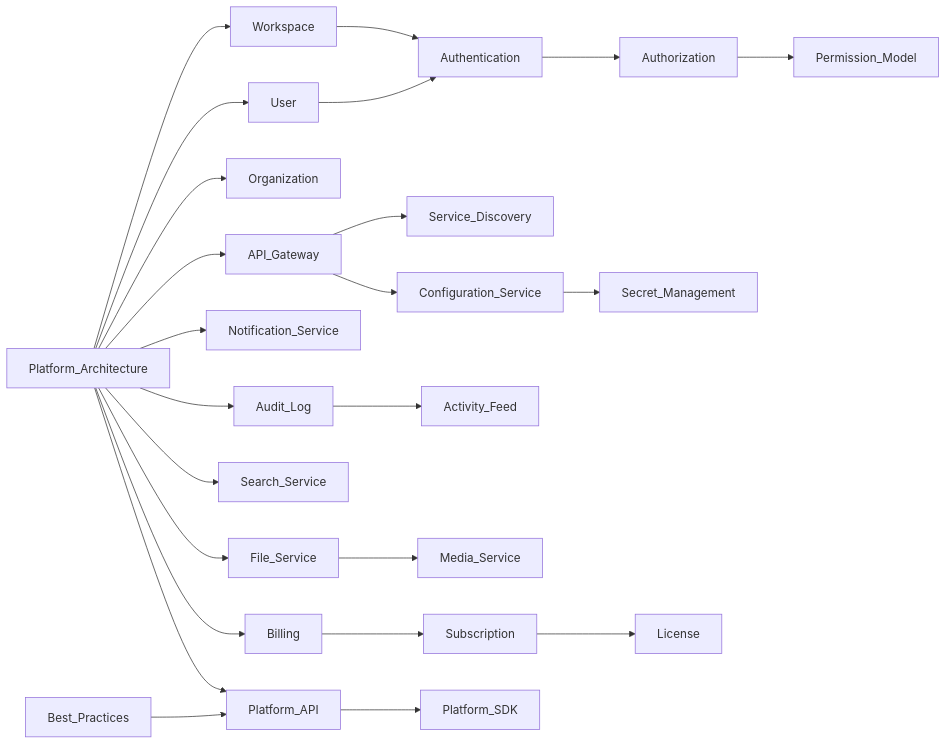
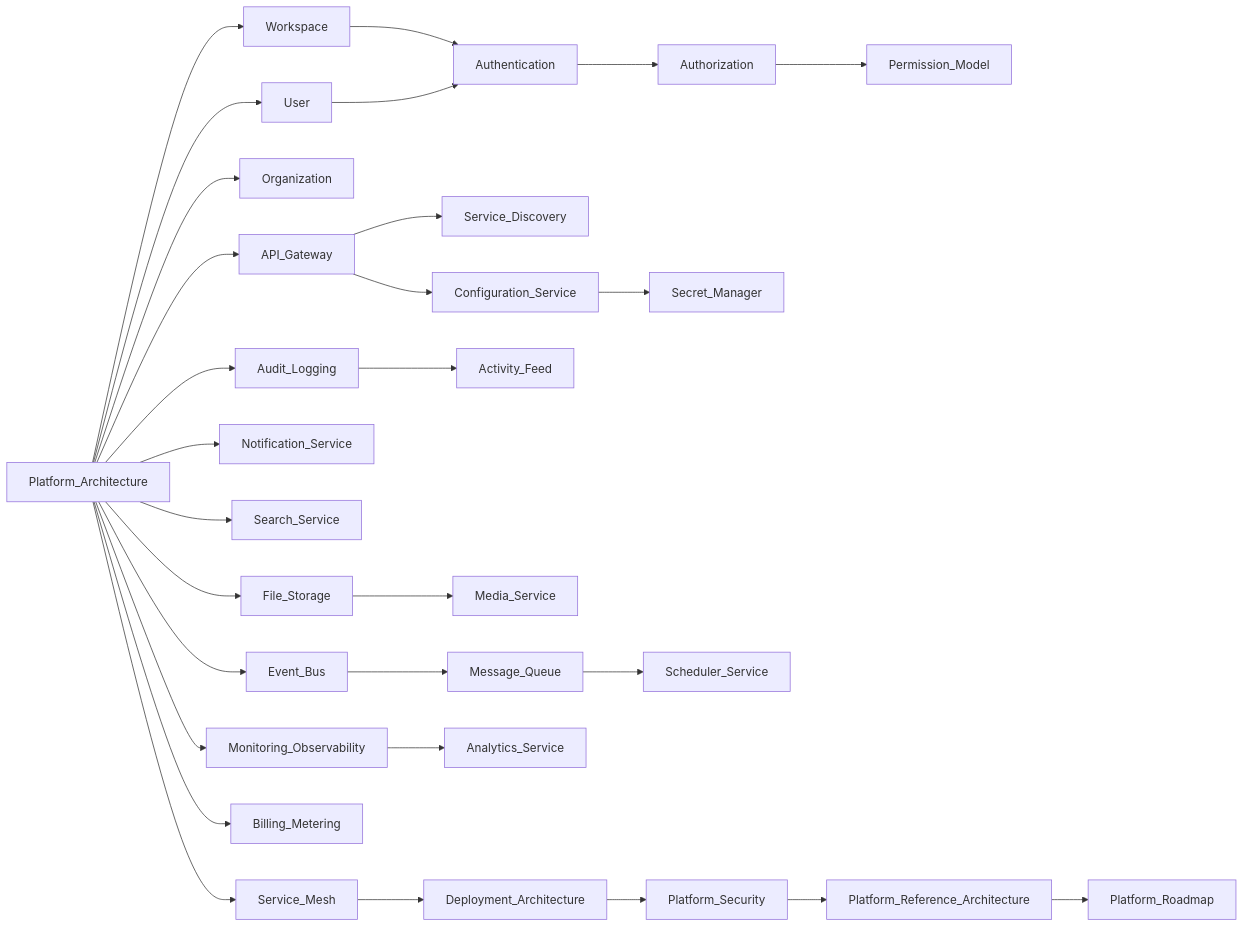
The third of 3 diagrams in docs/platform/INDEX.md (Buicongbang04/Social_OS), drawn with Mermaid before and after one commit. The commit also changed other lines of this file and 55 other files, not shown here.

````diff
--- a/docs/platform/INDEX.md
+++ b/docs/platform/INDEX.md
@@ -153,26 +165,31 @@
 ```mermaid
 flowchart LR
     Platform_Architecture --> Workspace
     Platform_Architecture --> User
     Platform_Architecture --> Organization
     Workspace --> Authentication
     User --> Authentication
     Authentication --> Authorization
     Authorization --> Permission_Model
     Platform_Architecture --> API_Gateway
     API_Gateway --> Service_Discovery
     API_Gateway --> Configuration_Service
-    Configuration_Service --> Secret_Management
+    Configuration_Service --> Secret_Manager
+    Platform_Architecture --> Audit_Logging
+    Audit_Logging --> Activity_Feed
     Platform_Architecture --> Notification_Service
-    Platform_Architecture --> Audit_Log
-    Audit_Log --> Activity_Feed
     Platform_Architecture --> Search_Service
-    Platform_Architecture --> File_Service
-    File_Service --> Media_Service
-    Platform_Architecture --> Billing
-    Billing --> Subscription
-    Subscription --> License
-    Platform_Architecture --> Platform_API
-    Platform_API --> Platform_SDK
-    Best_Practices --> Platform_API
+    Platform_Architecture --> File_Storage
+    File_Storage --> Media_Service
+    Platform_Architecture --> Event_Bus
+    Event_Bus --> Message_Queue
+    Message_Queue --> Scheduler_Service
+    Platform_Architecture --> Monitoring_Observability
+    Monitoring_Observability --> Analytics_Service
+    Platform_Architecture --> Billing_Metering
+    Platform_Architecture --> Service_Mesh
+    Service_Mesh --> Deployment_Architecture
+    Deployment_Architecture --> Platform_Security
+    Platform_Security --> Platform_Reference_Architecture
+    Platform_Reference_Architecture --> Platform_Roadmap
 ```
````
